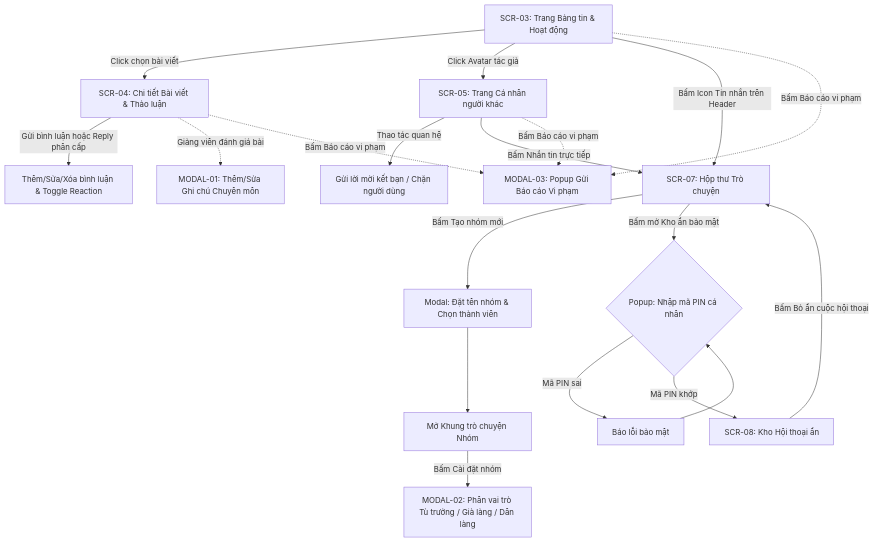
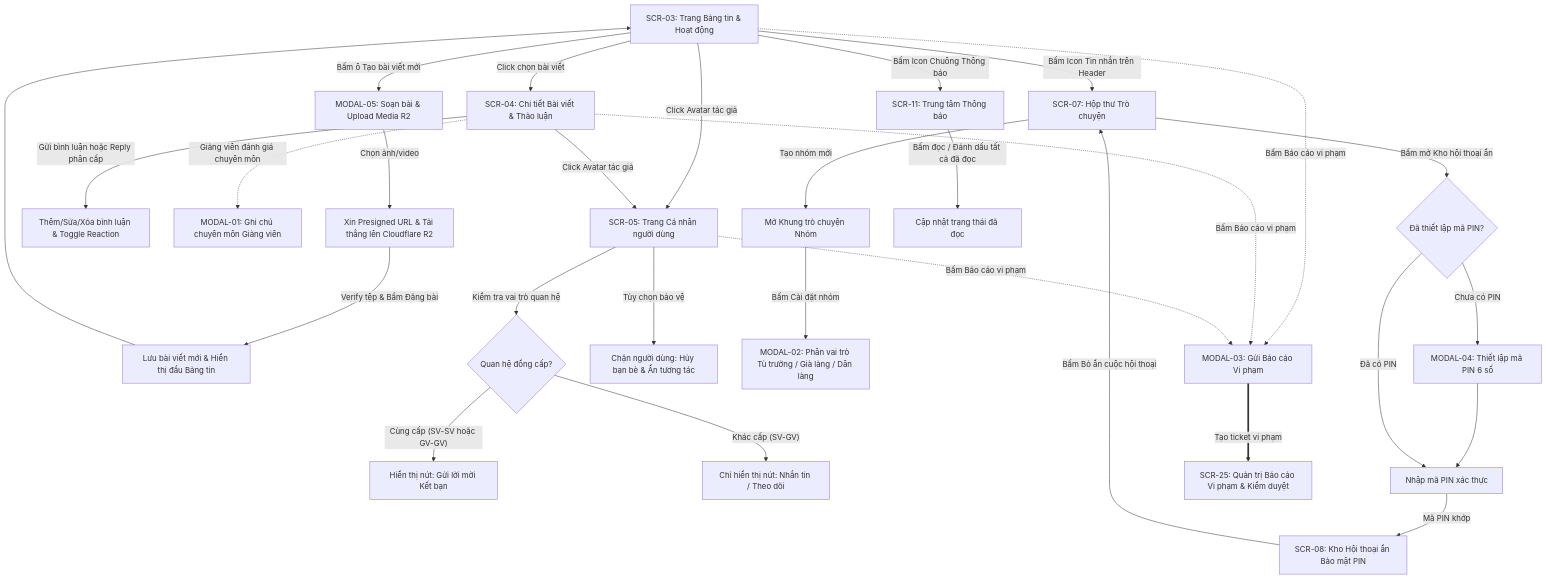
The third of 6 diagrams in t_i_li_u_to_n_di_n_s_lu_ng_m_n_h_nh_mermaid_code.md (lethanhan01/Social-network-for-student-Generated-Question-Bank), drawn with Mermaid before and after one commit. The commit also changed other lines of this file, not shown here.

````diff
--- a/t_i_li_u_to_n_di_n_s_lu_ng_m_n_h_nh_mermaid_code.md
+++ b/t_i_li_u_to_n_di_n_s_lu_ng_m_n_h_nh_mermaid_code.md
@@ -172,29 +200,41 @@
 ```mermaid
 flowchart TD
-    SCR03[SCR-03: Trang Bảng tin & Hoạt động]
+    SCR03["SCR-03: Trang Bảng tin & Hoạt động"]
+
+    %% Đăng bài viết kèm Media R2
+    SCR03 -->|"Bấm ô Tạo bài viết mới"| MODAL05["MODAL-05: Soạn bài & Upload Media R2"]
+    MODAL05 -->|"Chọn ảnh/video"| R2_UPLOAD["Xin Presigned URL & Tải thẳng lên Cloudflare R2"]
+    R2_UPLOAD -->|"Verify tệp & Bấm Đăng bài"| POST_CREATED["Lưu bài viết mới & Hiển thị đầu Bảng tin"]
+    POST_CREATED --> SCR03
 
     %% Tương tác bảng tin
-    SCR03 -->|Click chọn bài viết| SCR04[SCR-04: Chi tiết Bài viết & Thảo luận]
-    SCR04 -->|Gửi bình luận hoặc Reply phân cấp| COMM[Thêm/Sửa/Xóa bình luận & Toggle Reaction]
-    SCR04 -. "Giảng viên đánh giá bài" .-> MODAL01[MODAL-01: Thêm/Sửa Ghi chú Chuyên môn]
+    SCR03 -->|"Click chọn bài viết"| SCR04["SCR-04: Chi tiết Bài viết & Thảo luận"]
+    SCR04 -->|"Gửi bình luận hoặc Reply phân cấp"| COMM["Thêm/Sửa/Xóa bình luận & Toggle Reaction"]
+    SCR04 -. "Giảng viên đánh giá chuyên môn" .-> MODAL01["MODAL-01: Ghi chú chuyên môn Giảng viên"]
 
-    %% Hồ sơ cá nhân & Bạn bè
-    SCR03 -->|Click Avatar tác giả| SCR05[SCR-05: Trang Cá nhân người khác]
-    SCR05 -->|Thao tác quan hệ| REL_ACT[Gửi lời mời kết bạn / Chặn người dùng]
-    SCR05 -->|Bấm Nhắn tin trực tiếp| SCR07[SCR-07: Hộp thư Trò chuyện]
+    %% Hồ sơ cá nhân & Bạn bè đồng cấp
+    SCR03 & SCR04 -->|"Click Avatar tác giả"| SCR05["SCR-05: Trang Cá nhân người dùng"]
+    SCR05 -->|"Kiểm tra vai trò quan hệ"| PEER_CHECK{"Quan hệ đồng cấp?"}
+    PEER_CHECK -->|"Cùng cấp (SV-SV hoặc GV-GV)"| PEER_OK["Hiển thị nút: Gửi lời mời Kết bạn"]
+    PEER_CHECK -->|"Khác cấp (SV-GV)"| PEER_DIFF["Chỉ hiển thị nút: Nhắn tin / Theo dõi"]
+    SCR05 -->|"Tùy chọn bảo vệ"| BLOCK_ACT["Chặn người dùng: Hủy bạn bè & Ẩn tương tác"]
 
-    %% Hộp thư trò chuyện
-    SCR03 -->|Bấm Icon Tin nhắn trên Header| SCR07
-    SCR07 -->|Bấm Tạo nhóm mới| GROUP_CREATE[Modal: Đặt tên nhóm & Chọn thành viên]
-    GROUP_CREATE --> GROUP_CHAT[Mở Khung trò chuyện Nhóm]
-    GROUP_CHAT -->|Bấm Cài đặt nhóm| MODAL02[MODAL-02: Phân vai trò Tù trưởng / Già làng / Dân làng]
+    %% Hộp thư trò chuyện & Kho ẩn
+    SCR03 -->|"Bấm Icon Tin nhắn trên Header"| SCR07["SCR-07: Hộp thư Trò chuyện"]
+    SCR07 -->|"Tạo nhóm mới"| GROUP_CHAT["Mở Khung trò chuyện Nhóm"]
+    GROUP_CHAT -->|"Bấm Cài đặt nhóm"| MODAL02["MODAL-02: Phân vai trò Tù trưởng / Già làng / Dân làng"]
 
-    %% Kho trò chuyện ẩn
-    SCR07 -->|Bấm mở Kho ẩn bảo mật| PIN_MODAL{Popup: Nhập mã PIN cá nhân}
-    PIN_MODAL -->|Mã PIN sai| PIN_FAIL[Báo lỗi bảo mật] --> PIN_MODAL
-    PIN_MODAL -->|Mã PIN khớp| SCR08[SCR-08: Kho Hội thoại ẩn]
-    SCR08 -->|Bấm Bỏ ẩn cuộc hội thoại| SCR07
+    SCR07 -->|"Bấm mở Kho hội thoại ẩn"| PIN_STATE{"Đã thiết lập mã PIN?"}
+    PIN_STATE -->|"Chưa có PIN"| PIN_SETUP["MODAL-04: Thiết lập mã PIN 6 số"] --> PIN_VERIFY["Nhập mã PIN xác thực"]
+    PIN_STATE -->|"Đã có PIN"| PIN_VERIFY
+    PIN_VERIFY -->|"Mã PIN khớp"| SCR08["SCR-08: Kho Hội thoại ẩn Bảo mật PIN"]
+    SCR08 -->|"Bấm Bỏ ẩn cuộc hội thoại"| SCR07
 
-    %% Báo cáo vi phạm
-    SCR03 & SCR04 & SCR05 -.->|Bấm Báo cáo vi phạm| MODAL03[MODAL-03: Popup Gửi Báo cáo Vi phạm]
+    %% Trung tâm thông báo
+    SCR03 -->|"Bấm Icon Chuông Thông báo"| SCR11["SCR-11: Trung tâm Thông báo"]
+    SCR11 -->|"Bấm đọc / Đánh dấu tất cả đã đọc"| NOTI_READ["Cập nhật trạng thái đã đọc"]
+
+    %% Báo cáo vi phạm & Điều phối Admin
+    SCR03 & SCR04 & SCR05 -. "Bấm Báo cáo vi phạm" .-> MODAL03["MODAL-03: Gửi Báo cáo Vi phạm"]
+    MODAL03 ==>|"Tạo ticket vi phạm"| SCR25["SCR-25: Quản trị Báo cáo Vi phạm & Kiểm duyệt"]
 ```
````
